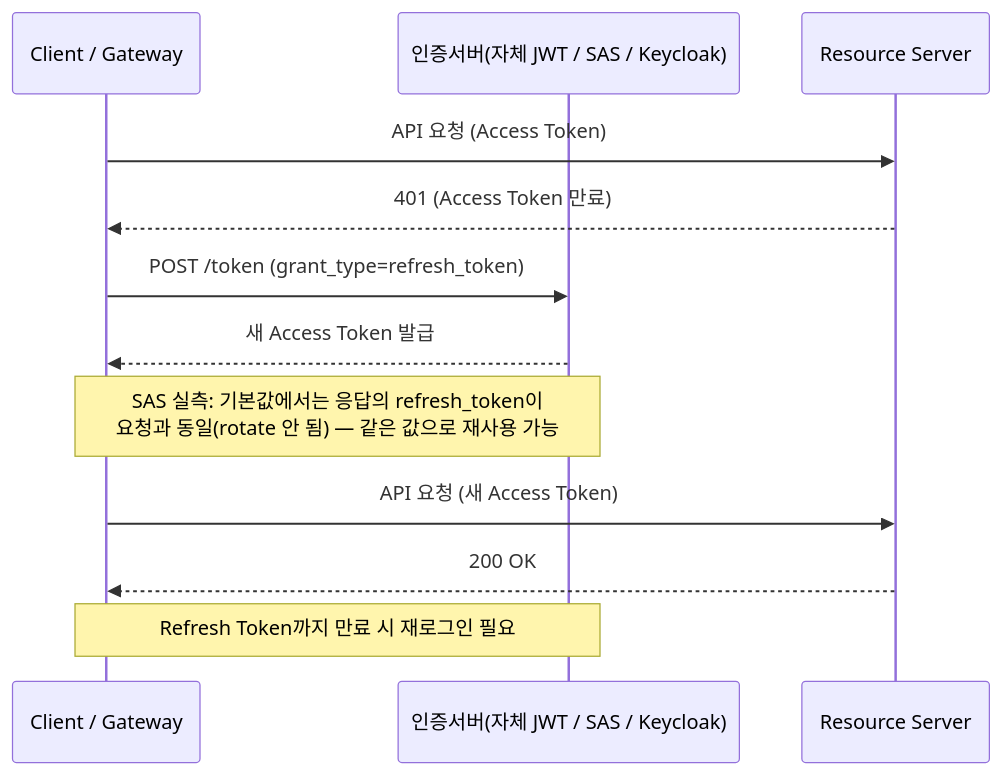
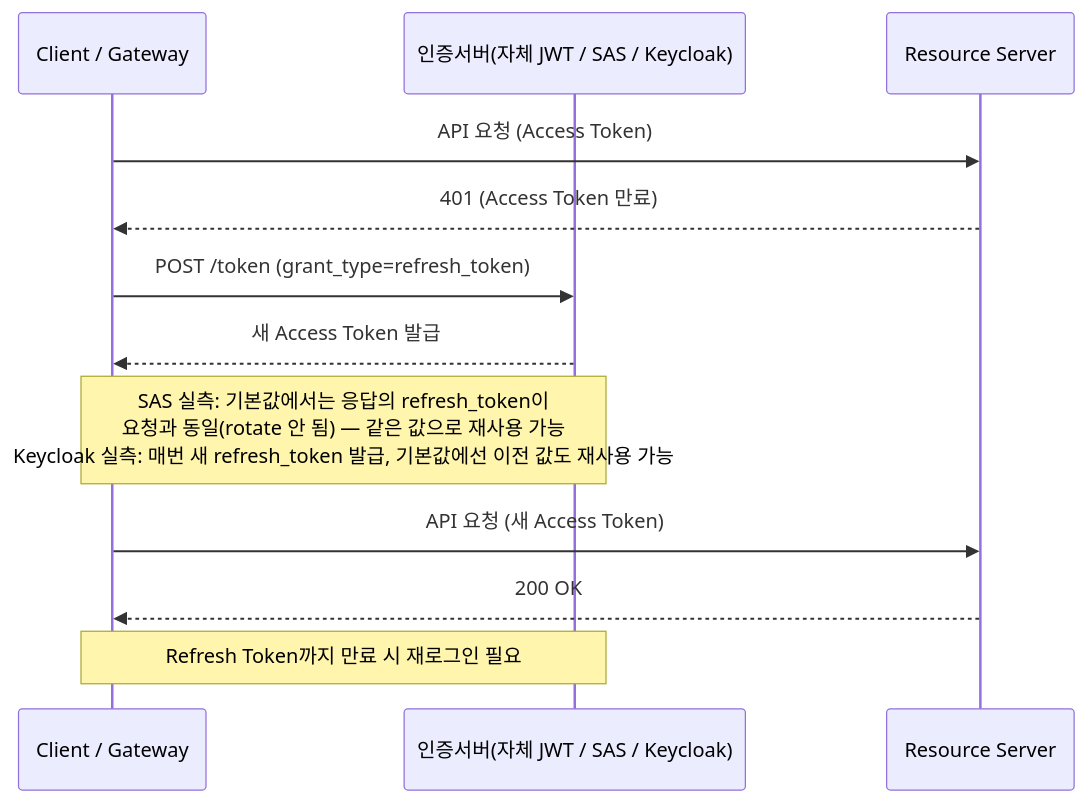
Before and after one commit to jinah-u/auth-research: the third of 5 diagrams in report/report_md.md, drawn with Mermaid. The commit also changed other lines of this file and 57 other files, not shown here.

````diff
--- a/report/report_md.md
+++ b/report/report_md.md
@@ -123,15 +134,15 @@
 ```mermaid
 sequenceDiagram
     participant C as Client / Gateway
     participant AS as 인증서버(자체 JWT / SAS / Keycloak)
     participant R as Resource Server
 
     C->>R: API 요청 (Access Token)
     R-->>C: 401 (Access Token 만료)
     C->>AS: POST /token (grant_type=refresh_token)
     AS-->>C: 새 Access Token 발급
-    Note over AS,C: SAS 실측: 기본값에서는 응답의 refresh_token이<br/>요청과 동일(rotate 안 됨) — 같은 값으로 재사용 가능
+    Note over AS,C: SAS 실측: 기본값에서는 응답의 refresh_token이<br/>요청과 동일(rotate 안 됨) — 같은 값으로 재사용 가능<br/>Keycloak 실측: 매번 새 refresh_token 발급, 기본값에선 이전 값도 재사용 가능
     C->>R: API 요청 (새 Access Token)
     R-->>C: 200 OK
     Note over C,AS: Refresh Token까지 만료 시 재로그인 필요
 ```
````
